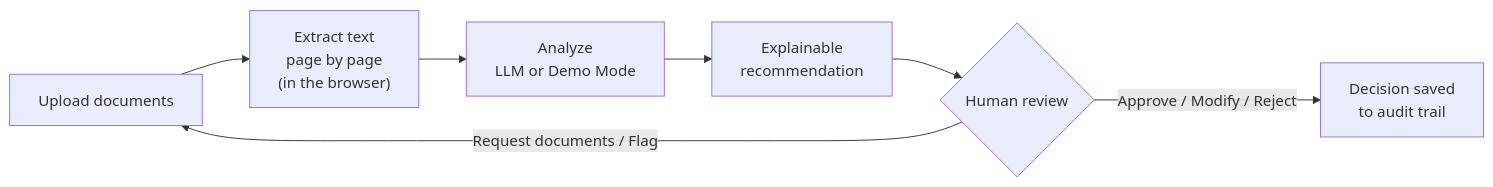
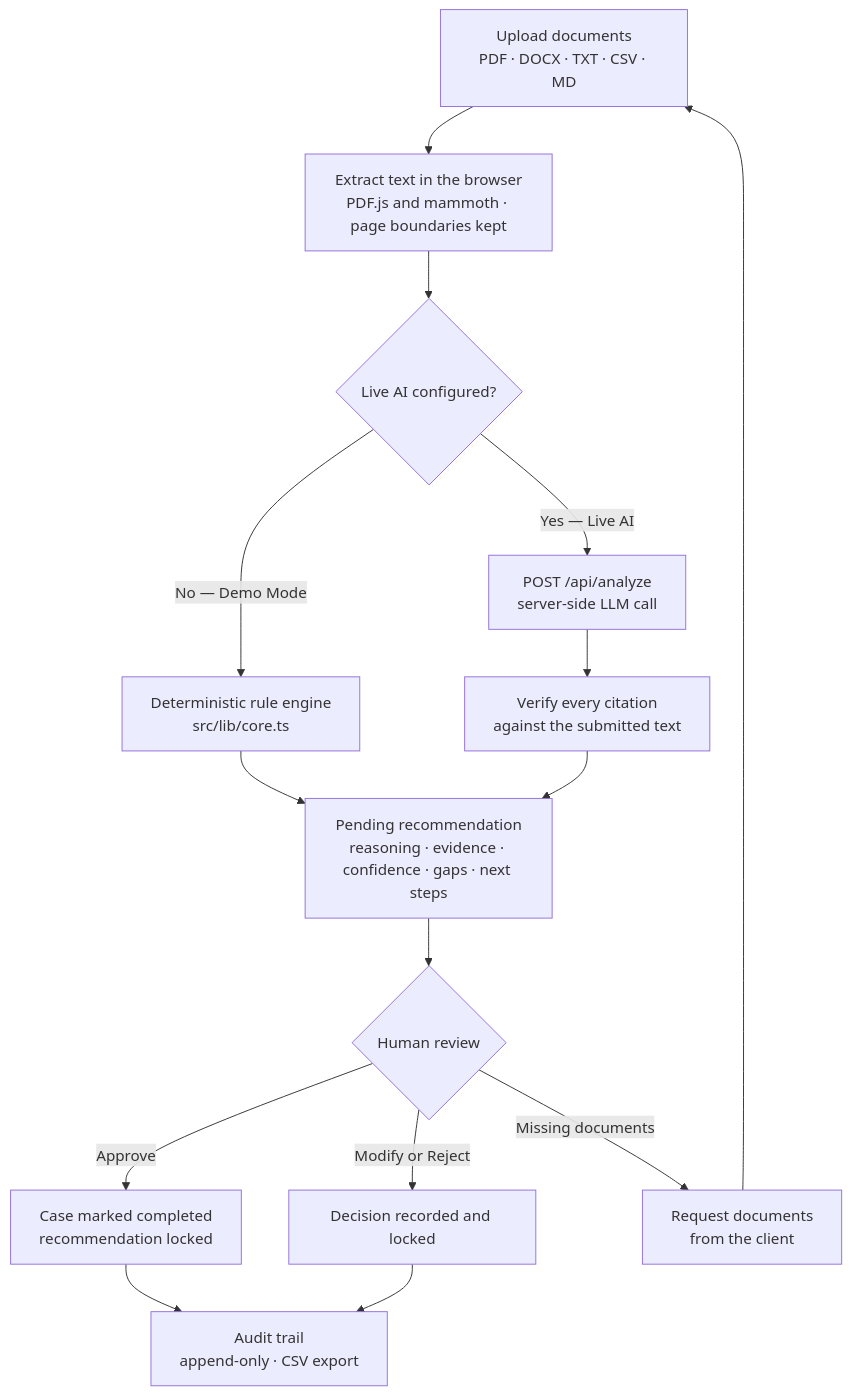
One commit to eayub006-source/caseclarity-ai changed the first of 2 diagrams in README.md. Above: the diagram before and after it, drawn with Mermaid. The commit also changed other lines of this file, not shown here.

Commit message:
docs: professionally rewrite CaseClarity AI README

````diff
--- a/README.md
+++ b/README.md
@@ -91,9 +146,17 @@
 ```mermaid
-flowchart LR
-  U["Upload documents"] --> X["Extract text<br/>page by page<br/>(in the browser)"]
-  X --> A["Analyze<br/>LLM or Demo Mode"]
-  A --> R["Explainable<br/>recommendation"]
-  R --> H{"Human review"}
-  H -->|"Approve / Modify / Reject"| L["Decision saved<br/>to audit trail"]
-  H -->|"Request documents / Flag"| U
+flowchart TD
+    A["Upload documents<br/>PDF · DOCX · TXT · CSV · MD"] --> B["Extract text in the browser<br/>PDF.js and mammoth · page boundaries kept"]
+    B --> C{"Live AI configured?"}
+    C -->|"No — Demo Mode"| D["Deterministic rule engine<br/>src/lib/core.ts"]
+    C -->|"Yes — Live AI"| E["POST /api/analyze<br/>server-side LLM call"]
+    E --> F["Verify every citation<br/>against the submitted text"]
+    D --> G["Pending recommendation<br/>reasoning · evidence · confidence · gaps · next steps"]
+    F --> G
+    G --> H{"Human review"}
+    H -->|"Approve"| I["Case marked completed<br/>recommendation locked"]
+    H -->|"Modify or Reject"| J["Decision recorded and locked"]
+    H -->|"Missing documents"| K["Request documents<br/>from the client"]
+    K --> A
+    I --> L["Audit trail<br/>append-only · CSV export"]
+    J --> L
 ```
````
